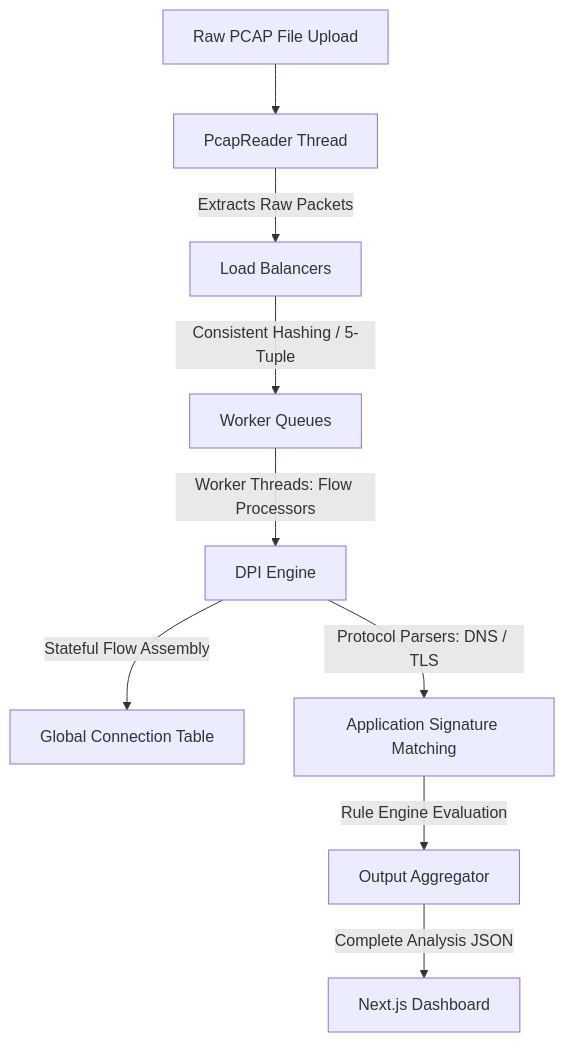
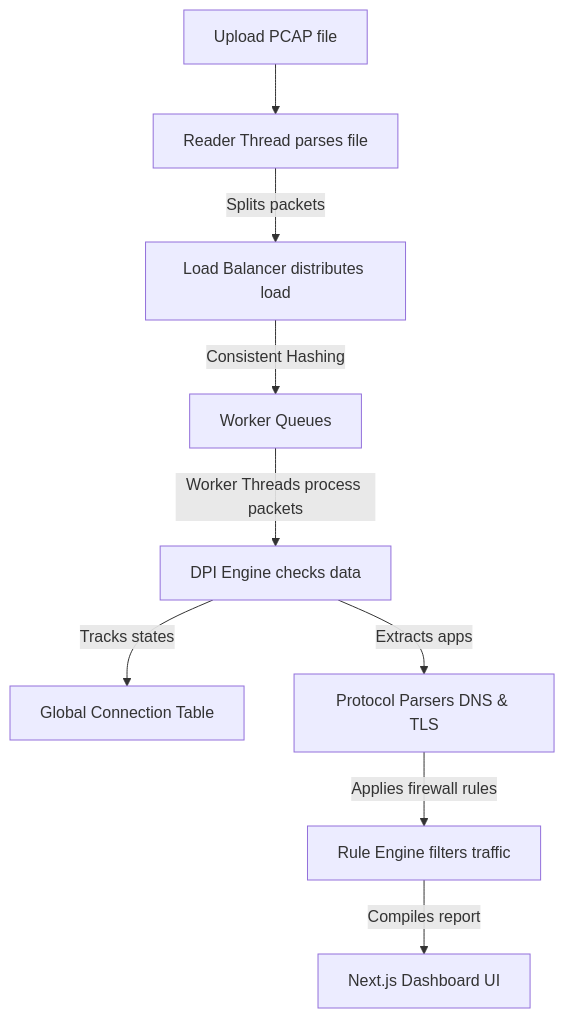
Before and after one commit to PrernaSrivastava1/NetScope-DPI: the diagram in README.md, drawn with Mermaid. The commit also changed other lines of this file, not shown here.

````diff
--- a/README.md
+++ b/README.md
@@ -13,11 +13,11 @@
 ```mermaid
 graph TD
-    A[Raw PCAP File Upload] --> B[PcapReader Thread]
-    B -->|Extracts Raw Packets| C[Load Balancers]
-    C -->|Consistent Hashing / 5-Tuple| D[Worker Queues]
-    D -->|Worker Threads: Flow Processors| E[DPI Engine]
-    E -->|Stateful Flow Assembly| F[Global Connection Table]
-    E -->|Protocol Parsers: DNS / TLS| G[Application Signature Matching]
-    G -->|Rule Engine Evaluation| H[Output Aggregator]
-    H -->|Complete Analysis JSON| I[Next.js Dashboard]
+    A[Upload PCAP file] --> B[Reader Thread parses file]
+    B -->|Splits packets| C[Load Balancer distributes load]
+    C -->|Consistent Hashing| D[Worker Queues]
+    D -->|Worker Threads process packets| E[DPI Engine checks data]
+    E -->|Tracks states| F[Global Connection Table]
+    E -->|Extracts apps| G[Protocol Parsers DNS & TLS]
+    G -->|Applies firewall rules| H[Rule Engine filters traffic]
+    H -->|Compiles report| I[Next.js Dashboard UI]
 ```
````
